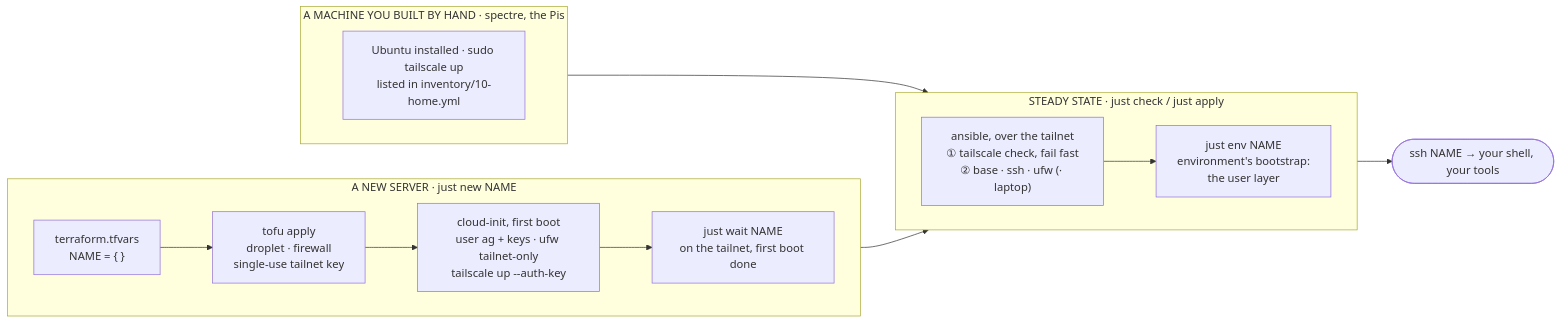
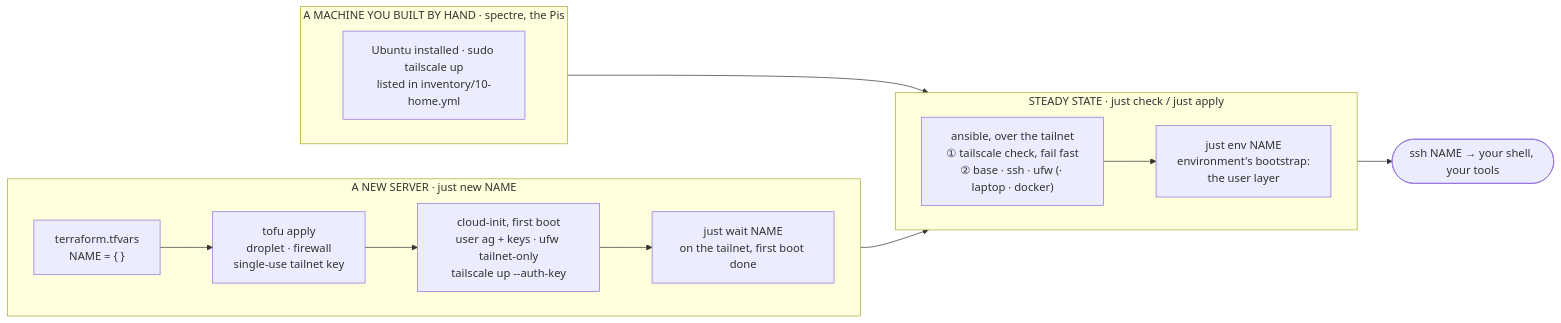
One commit to agosmou/fleet changed the diagram in README.md. Above: the diagram before and after it, drawn with Mermaid. The commit also changed other lines of this file and 10 other files, not shown here.

````diff
--- a/README.md
+++ b/README.md
@@ -22,24 +22,24 @@
 ```mermaid
 flowchart LR
     subgraph birth["A NEW SERVER  ·  just new NAME"]
         direction LR
         tfvars["terraform.tfvars<br/>NAME = { }"] --> tofu["tofu apply<br/>droplet · firewall<br/>single-use tailnet key"]
         tofu --> ci["cloud-init, first boot<br/>user ag + keys · ufw tailnet-only<br/>tailscale up --auth-key"]
         ci --> wait["just wait NAME<br/>on the tailnet, first boot done"]
     end
 
     subgraph adopt["A MACHINE YOU BUILT BY HAND  ·  spectre, the Pis"]
         direction LR
         hand["Ubuntu installed · sudo tailscale up<br/>listed in inventory/10-home.yml"]
     end
 
     wait --> ans
     hand --> ans
 
     subgraph steady["STEADY STATE  ·  just check / just apply"]
         direction LR
-        ans["ansible, over the tailnet<br/>① tailscale check, fail fast<br/>② base · ssh · ufw (· laptop)"] --> env["just env NAME<br/>environment's bootstrap:<br/>the user layer"]
+        ans["ansible, over the tailnet<br/>① tailscale check, fail fast<br/>② base · ssh · ufw (· laptop · docker)"] --> env["just env NAME<br/>environment's bootstrap:<br/>the user layer"]
     end
 
     env --> done(["ssh NAME → your shell, your tools"])
 ```
````
